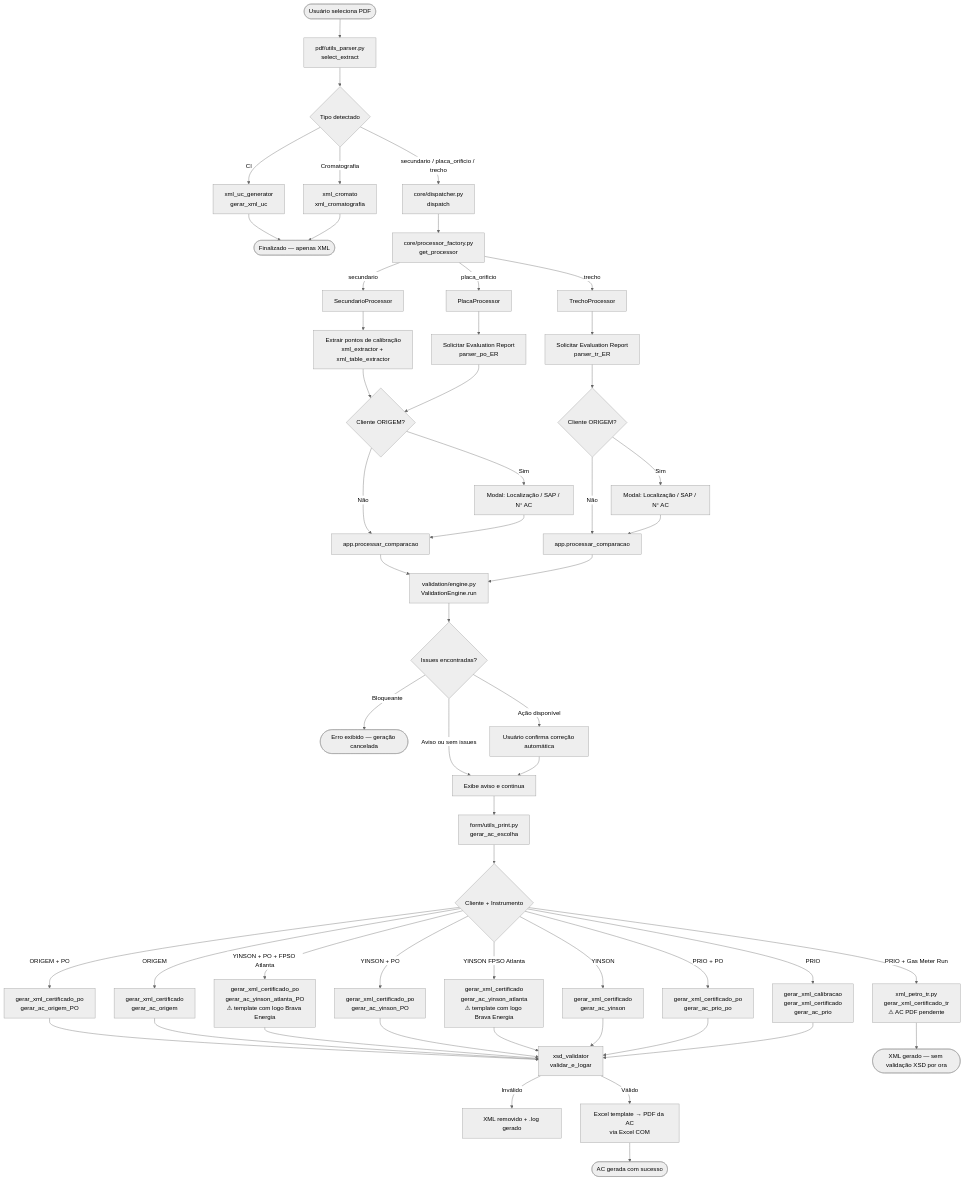
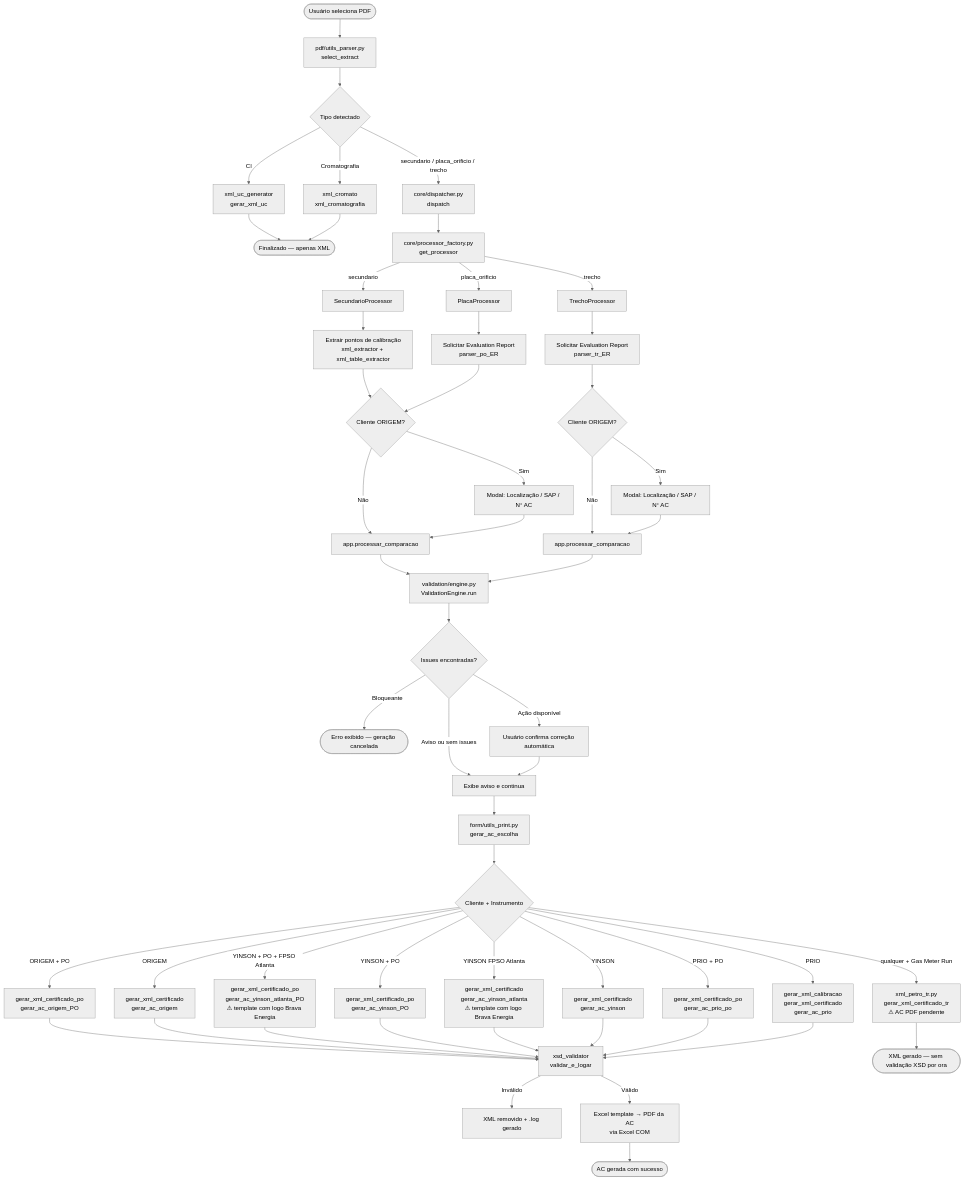
Before and after one commit to 1998-sys/AC-s_app: the first of 5 diagrams in DOCUMENTACAO.md, drawn with Mermaid (neutral theme). The commit also changed other lines of this file and 23 other files, not shown here.

````diff
--- a/DOCUMENTACAO.md
+++ b/DOCUMENTACAO.md
@@ -88,73 +89,73 @@
 ```mermaid
 flowchart TD
     A([Usuário seleciona PDF]) --> B[pdf/utils_parser.py\nselect_extract]
     B --> C{Tipo detectado}
 
     C -->|CI| D[xml_uc_generator\ngerar_xml_uc]
     C -->|Cromatografia| E[xml_cromato\nxml_cromatografia]
     C -->|secundario / placa_orificio / trecho| F[core/dispatcher.py\ndispatch]
 
     D --> Z([Finalizado — apenas XML])
     E --> Z
 
     F --> G[core/processor_factory.py\nget_processor]
 
     G -->|secundario| H[SecundarioProcessor]
     G -->|placa_orificio| I[PlacaProcessor]
     G -->|trecho| TR[TrechoProcessor]
 
     H --> J[Extrair pontos de calibração\nxml_extractor + xml_table_extractor]
     I --> K[Solicitar Evaluation Report\nparser_po_ER]
     TR --> TRK[Solicitar Evaluation Report\nparser_tr_ER]
 
     J --> L{Cliente ORIGEM?}
     K --> L
     TRK --> TRL{Cliente ORIGEM?}
 
     L -->|Sim| M[Modal: Localização / SAP / N° AC]
     L -->|Não| N[app.processar_comparacao]
     M --> N
 
     TRL -->|Sim| TRM[Modal: Localização / SAP / N° AC]
     TRL -->|Não| TRN[app.processar_comparacao]
     TRM --> TRN
 
     N --> O[validation/engine.py\nValidationEngine.run]
     TRN --> O
 
     O --> P{Issues encontradas?}
 
     P -->|Bloqueante| Q([Erro exibido — geração cancelada])
     P -->|Ação disponível| R[Usuário confirma correção automática]
     P -->|Aviso ou sem issues| S[Exibe aviso e continua]
     R --> S
     S --> T[form/utils_print.py\ngerar_ac_escolha]
 
     T --> U{Cliente + Instrumento}
 
     U -->|ORIGEM + PO| V[gerar_xml_certificado_po\ngerar_ac_origem_PO]
     U -->|ORIGEM| W[gerar_xml_certificado\ngerar_ac_origem]
     U -->|YINSON + PO + FPSO Atlanta| XAP[gerar_xml_certificado_po\ngerar_ac_yinson_atlanta_PO\n⚠ template com logo Brava Energia]
     U -->|YINSON + PO| XP[gerar_xml_certificado_po\ngerar_ac_yinson_PO]
     U -->|YINSON FPSO Atlanta| X1[gerar_xml_certificado\ngerar_ac_yinson_atlanta\n⚠ template com logo Brava Energia]
     U -->|YINSON| X2[gerar_xml_certificado\ngerar_ac_yinson]
     U -->|PRIO + PO| Y[gerar_xml_certificado_po\ngerar_ac_prio_po]
-    U -->|PRIO + Gas Meter Run| TR2[xml_petro_tr.py\ngerar_xml_certificado_tr\n⚠ AC PDF pendente]
+    U -->|qualquer + Gas Meter Run| TR2[xml_petro_tr.py\ngerar_xml_certificado_tr\n⚠ AC PDF pendente]
     U -->|PRIO| Z2[gerar_xml_calibracao\ngerar_xml_certificado\ngerar_ac_prio]
 
     V --> VAL[xsd_validator\nvalidar_e_logar]
     W --> VAL
     XAP --> VAL
     XP --> VAL
     X1 --> VAL
     X2 --> VAL
     Y --> VAL
     Z2 --> VAL
 
     TR2 --> TRFIM([XML gerado — sem validação XSD por ora])
 
     VAL -->|Inválido| ERR[XML removido + .log gerado]
     VAL -->|Válido| PDF[Excel template → PDF da AC\nvia Excel COM]
 
     PDF --> FIM([AC gerada com sucesso])
 ```
````
